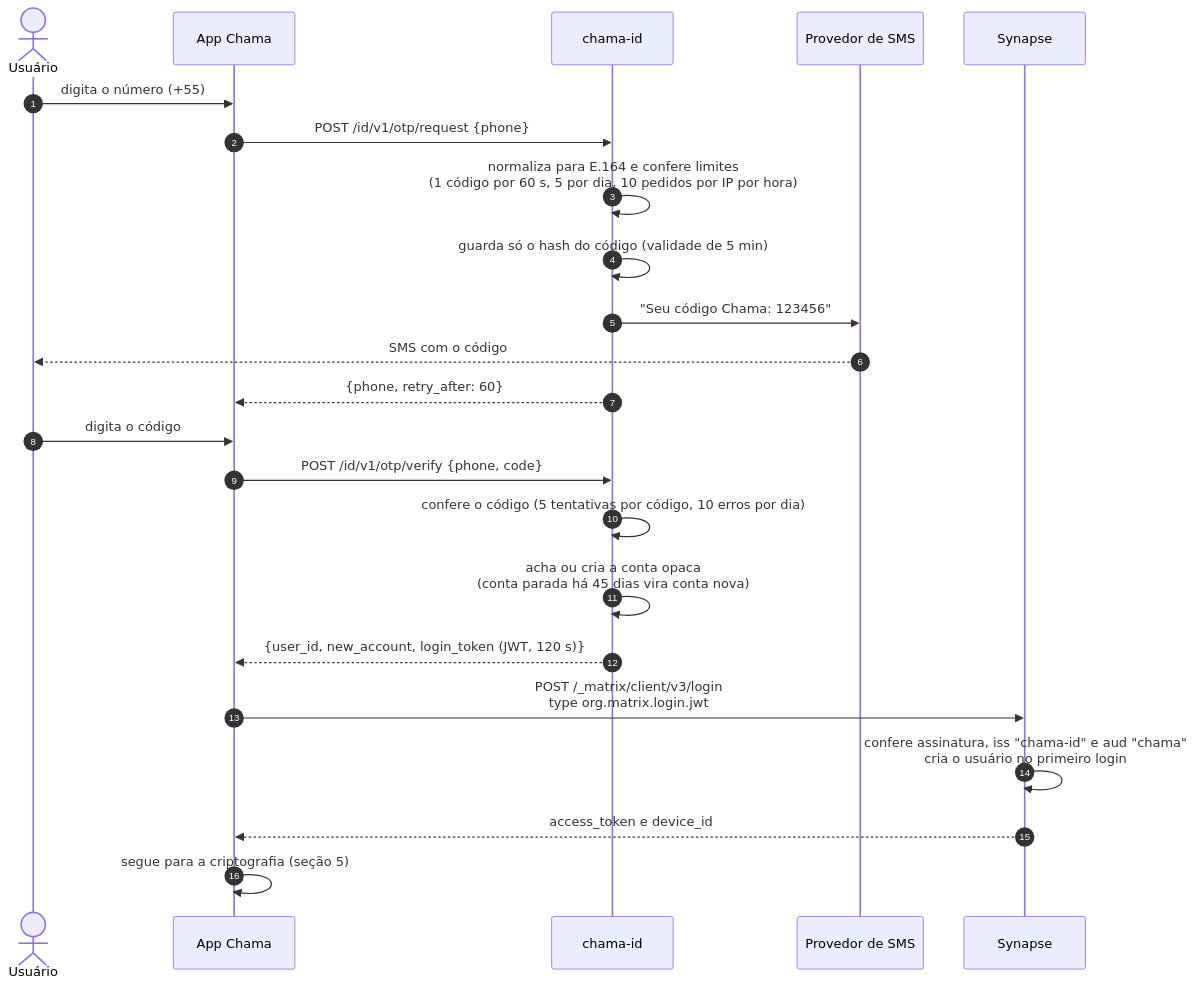
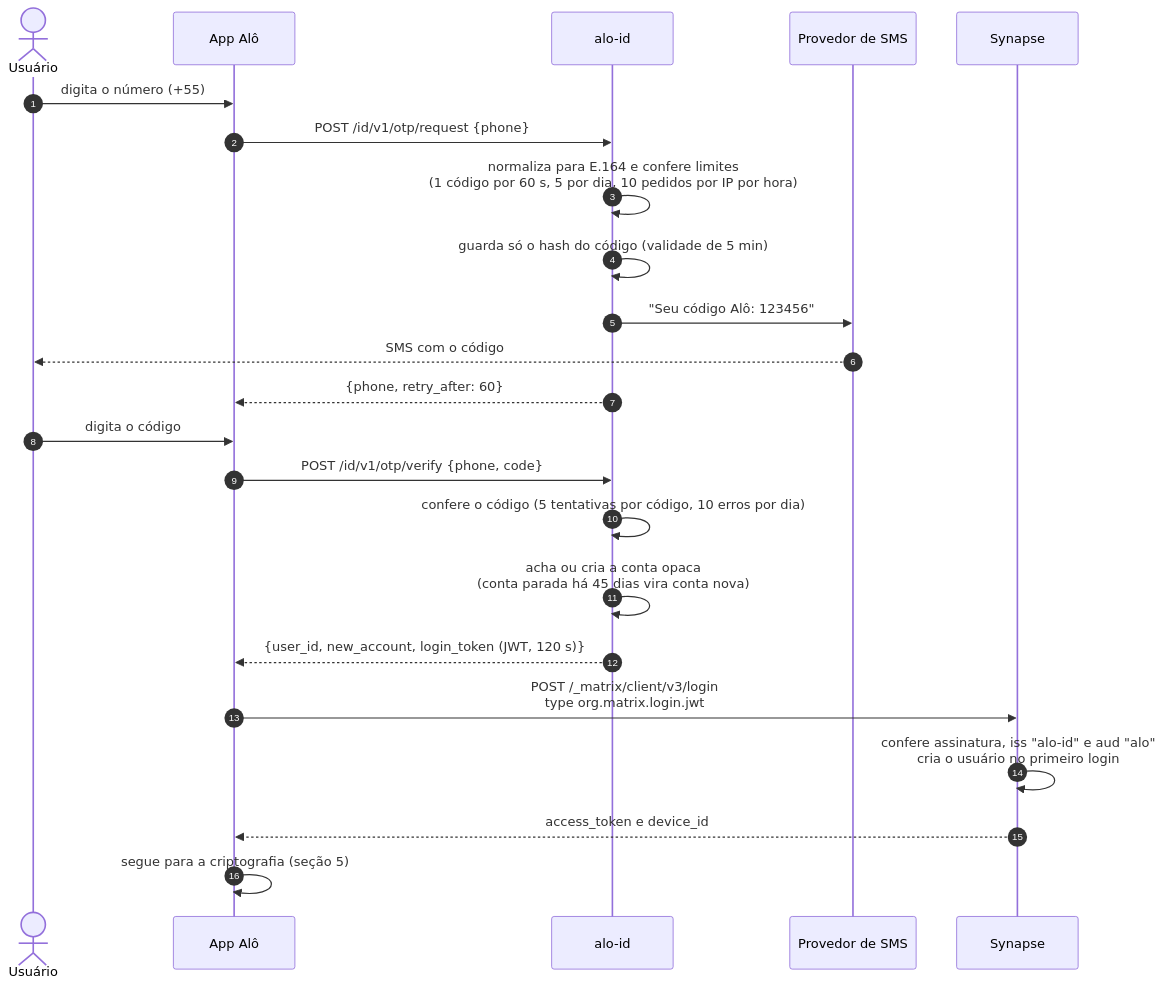
One commit to kaiomp/alo changed the second of 8 diagrams in docs/design/2026-10-24-architecture.md. Above: the diagram before and after it, drawn with Mermaid. The commit also changed other lines of this file and 153 other files, not shown here.

First line of the commit message:
Rename chama to alo across code, packages, server and docs

````diff
--- a/docs/design/2026-10-24-architecture.md
+++ b/docs/design/2026-10-24-architecture.md
@@ -232,26 +232,26 @@
 ```mermaid
 sequenceDiagram
     autonumber
     actor U as Usuário
-    participant App as App Chama
-    participant ID as chama-id
+    participant App as App Alô
+    participant ID as alo-id
     participant SMS as Provedor de SMS
     participant S as Synapse
 
     U->>App: digita o número (+55)
     App->>ID: POST /id/v1/otp/request {phone}
     ID->>ID: normaliza para E.164 e confere limites<br/>(1 código por 60 s, 5 por dia, 10 pedidos por IP por hora)
     ID->>ID: guarda só o hash do código (validade de 5 min)
-    ID->>SMS: "Seu código Chama: 123456"
+    ID->>SMS: "Seu código Alô: 123456"
     SMS-->>U: SMS com o código
     ID-->>App: {phone, retry_after: 60}
     U->>App: digita o código
     App->>ID: POST /id/v1/otp/verify {phone, code}
     ID->>ID: confere o código (5 tentativas por código, 10 erros por dia)
     ID->>ID: acha ou cria a conta opaca<br/>(conta parada há 45 dias vira conta nova)
     ID-->>App: {user_id, new_account, login_token (JWT, 120 s)}
     App->>S: POST /_matrix/client/v3/login<br/>type org.matrix.login.jwt
-    S->>S: confere assinatura, iss "chama-id" e aud "chama"<br/>cria o usuário no primeiro login
+    S->>S: confere assinatura, iss "alo-id" e aud "alo"<br/>cria o usuário no primeiro login
     S-->>App: access_token e device_id
     App->>App: segue para a criptografia (seção 5)
 ```
````
